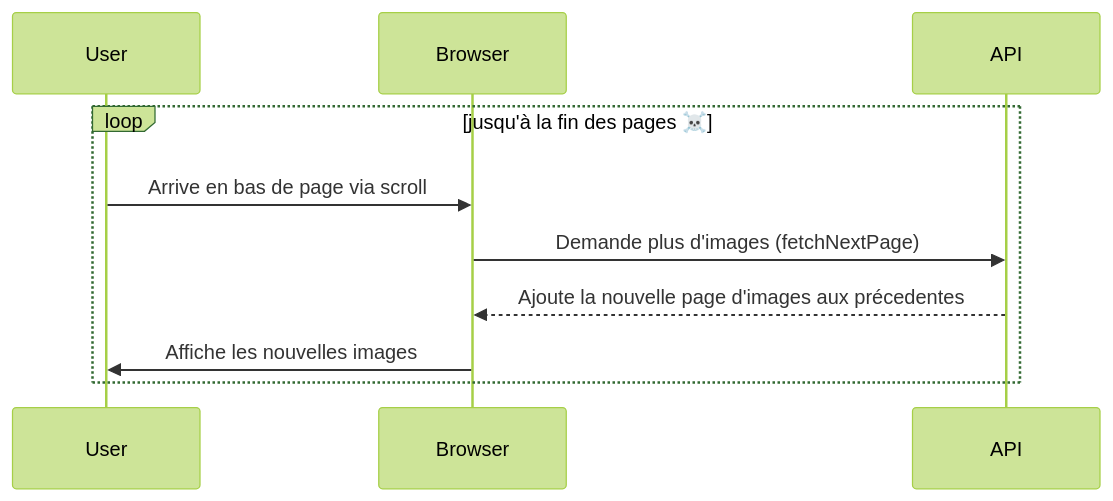
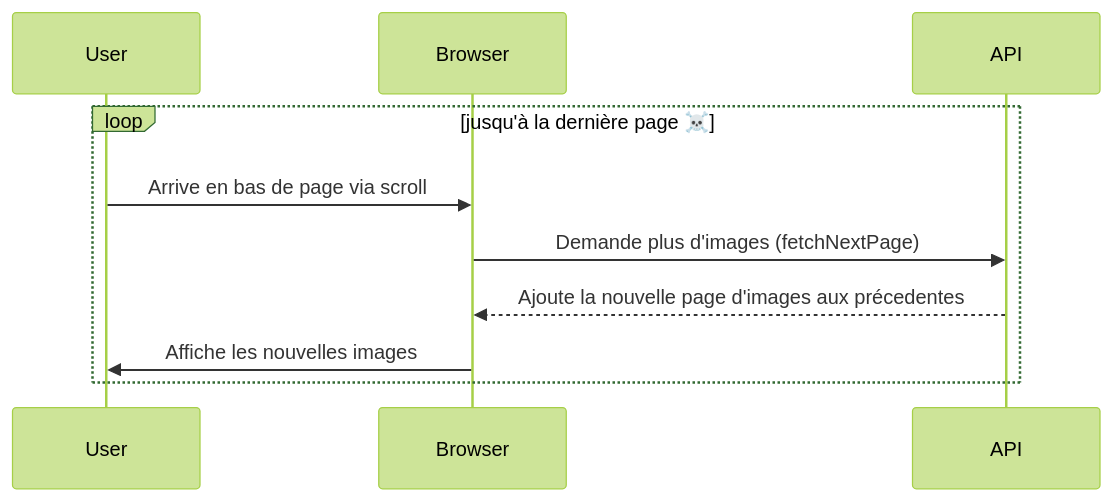
The diagram in content/posts/Création-composant-React-infinite-scroll.md (461OceanBd/hugo-rmr-blog), drawn with Mermaid (forest theme) before and after one commit. The commit also changed other lines of this file, not shown here.

````diff
--- a/content/posts/Création-composant-React-infinite-scroll.md
+++ b/content/posts/Création-composant-React-infinite-scroll.md
@@ -20,12 +20,12 @@
 ```mermaid
 sequenceDiagram
     participant User
     participant Browser
     participant API
-    loop jusqu'à la fin des pages ☠️
+    loop jusqu'à la dernière page ☠️
         User->>Browser: Arrive en bas de page via scroll
         Browser->>API: Demande plus d'images (fetchNextPage)
         API-->>Browser: Ajoute la nouvelle page d'images aux précedentes
         Browser->>User: Affiche les nouvelles images
     end
 ```
````
